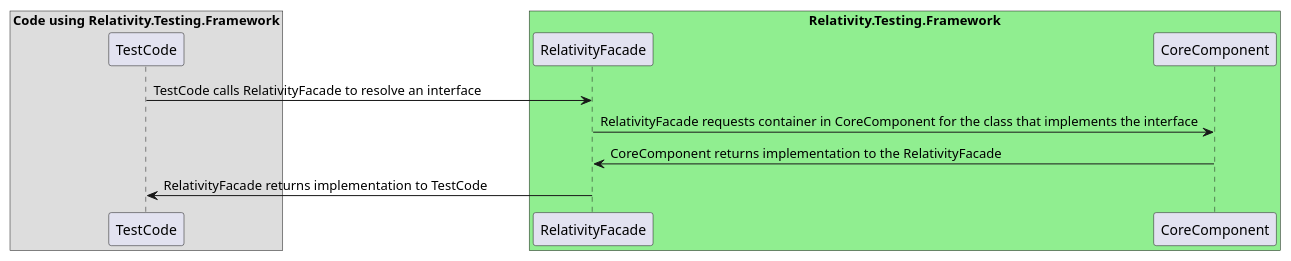
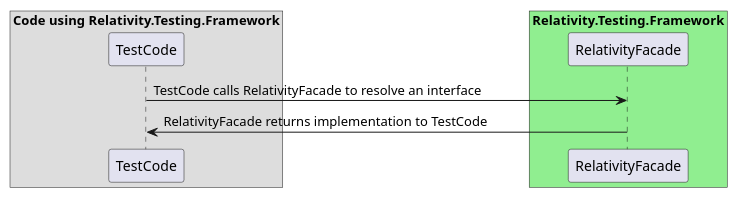
Before and after one commit to relativitydev/relativity.testing.framework: the diagram in docs/dev/SequenceDiagrams/UMLFiles/RegisteredServices.iuml, drawn with PlantUML.

Commit message:
TESTENG-1465: Remove CoreComponent part of RegisteredServices

```diff
--- a/docs/dev/SequenceDiagrams/UMLFiles/RegisteredServices.iuml
+++ b/docs/dev/SequenceDiagrams/UMLFiles/RegisteredServices.iuml
@@ -1,17 +1,14 @@
 @startuml Relativity.Testing.Framework RegisteredServices Sequence Diagram
 
 box "Code using Relativity.Testing.Framework"
 participant "TestCode"
 end box
 
 box "Relativity.Testing.Framework" #LightGreen
 participant "RelativityFacade"
-participant "CoreComponent"
 end box
 
 "TestCode" -> "RelativityFacade" : TestCode calls RelativityFacade to resolve an interface
-"RelativityFacade" -> "CoreComponent" : RelativityFacade requests container in CoreComponent for the class that implements the interface
-"CoreComponent" -> "RelativityFacade" : CoreComponent returns implementation to the RelativityFacade
 "TestCode" <- "RelativityFacade" : RelativityFacade returns implementation to TestCode
 
 @enduml
```
